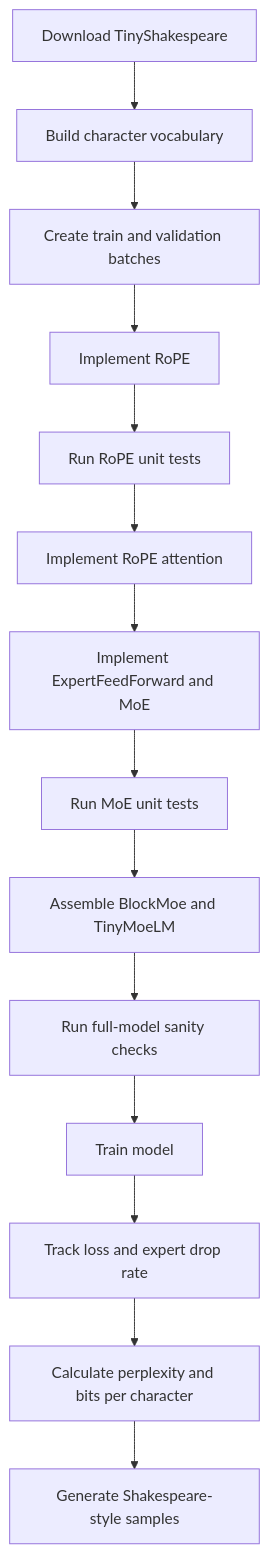
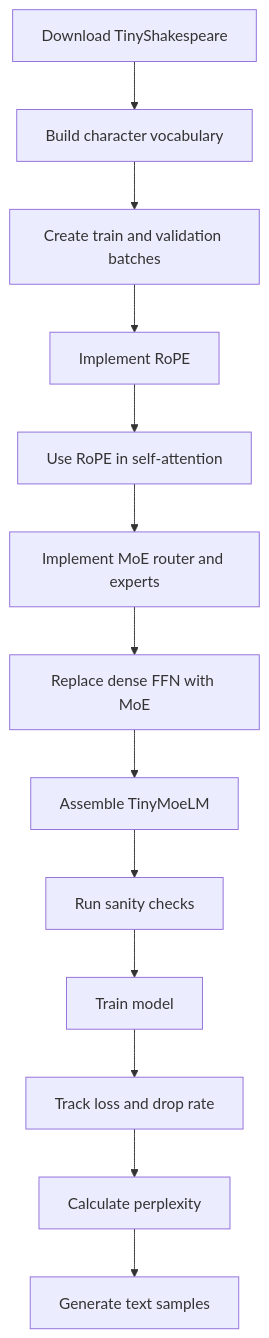
One commit to khab40/lm-arch-ht4 changed the diagram in docs/tiny-moe-lm.md. Above: the diagram before and after it, drawn with Mermaid. The commit also changed other lines of this file and 6 other files, not shown here.

````diff
--- a/docs/tiny-moe-lm.md
+++ b/docs/tiny-moe-lm.md
@@ -61,16 +16,15 @@
 ```mermaid
 flowchart TD
     A[Download TinyShakespeare] --> B[Build character vocabulary]
     B --> C[Create train and validation batches]
     C --> D[Implement RoPE]
-    D --> E[Run RoPE unit tests]
-    E --> F[Implement RoPE attention]
-    F --> G[Implement ExpertFeedForward and MoE]
-    G --> H[Run MoE unit tests]
-    H --> I[Assemble BlockMoe and TinyMoeLM]
-    I --> J[Run full-model sanity checks]
-    J --> K[Train model]
-    K --> L[Track loss and expert drop rate]
-    L --> M[Calculate perplexity and bits per character]
-    M --> N[Generate Shakespeare-style samples]
+    D --> E[Use RoPE in self-attention]
+    E --> F[Implement MoE router and experts]
+    F --> G[Replace dense FFN with MoE]
+    G --> H[Assemble TinyMoeLM]
+    H --> I[Run sanity checks]
+    I --> J[Train model]
+    J --> K[Track loss and drop rate]
+    K --> L[Calculate perplexity]
+    L --> M[Generate text samples]
 ```
````
